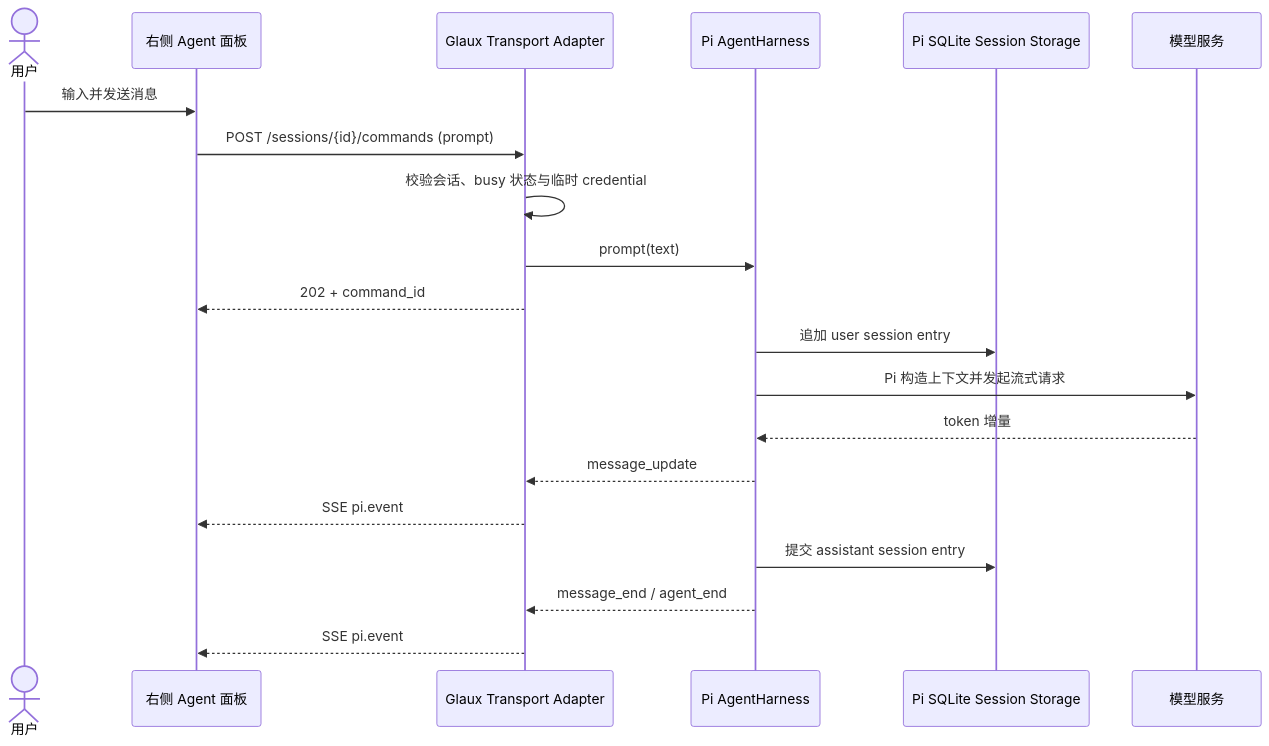
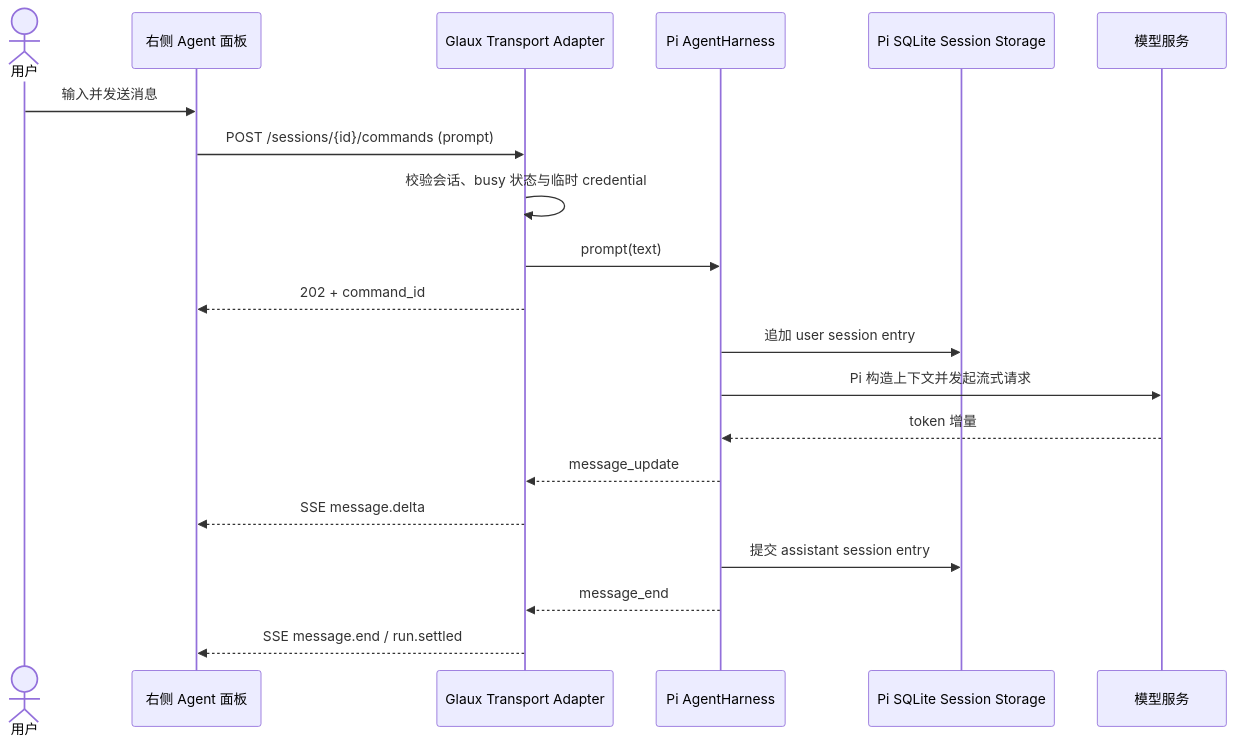
The second of 5 diagrams in docs/sdd/feats/00-reference-agent-conversations/README.md (zhentai-sn/open-glaux), drawn with Mermaid before and after one commit. The commit also changed other lines of this file and 31 other files, not shown here.

First line of the commit message:
feat(agent): transport 改用 Glaux 自有事件与 TranscriptMessage

````diff
--- a/docs/sdd/feats/00-reference-agent-conversations/README.md
+++ b/docs/sdd/feats/00-reference-agent-conversations/README.md
@@ -171,23 +171,23 @@
 ```mermaid
 sequenceDiagram
     actor U as 用户
     participant UI as 右侧 Agent 面板
     participant AD as Glaux Transport Adapter
     participant H as Pi AgentHarness
     participant S as Pi SQLite Session Storage
     participant LLM as 模型服务
 
     U->>UI: 输入并发送消息
     UI->>AD: POST /sessions/{id}/commands (prompt)
     AD->>AD: 校验会话、busy 状态与临时 credential
     AD->>H: prompt(text)
     AD-->>UI: 202 + command_id
     H->>S: 追加 user session entry
     H->>LLM: Pi 构造上下文并发起流式请求
     LLM-->>H: token 增量
     H-->>AD: message_update
-    AD-->>UI: SSE pi.event
+    AD-->>UI: SSE message.delta
     H->>S: 提交 assistant session entry
-    H-->>AD: message_end / agent_end
-    AD-->>UI: SSE pi.event
+    H-->>AD: message_end
+    AD-->>UI: SSE message.end / run.settled
 ```
````
